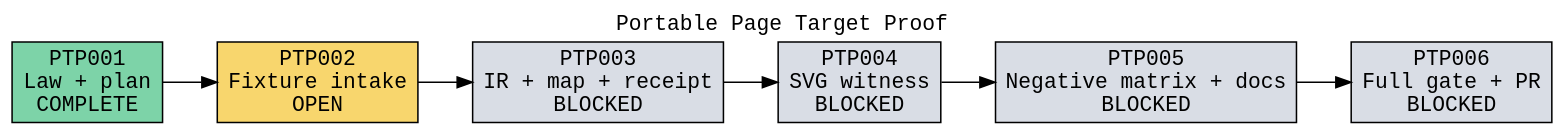
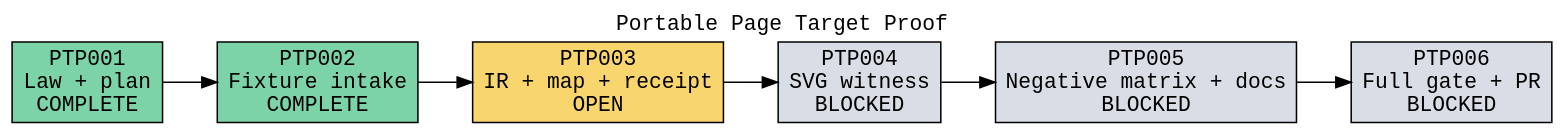
Before and after one commit to flyingrobots/geordi: the diagram in docs/design/2026-07-profunctor-page-target-proof-dag.dot, drawn with Graphviz. The commit also changed 14 other files, not shown here.

```diff
--- a/docs/design/2026-07-profunctor-page-target-proof-dag.dot
+++ b/docs/design/2026-07-profunctor-page-target-proof-dag.dot
@@ -1,24 +1,24 @@
 digraph profunctor_page_target_proof {
   graph [
     bgcolor="transparent",
     fontname="monospace",
     label="Portable Page Target Proof",
     labelloc="t",
     rankdir="LR"
   ];
   node [
     fontname="monospace",
     shape="box",
     style="filled"
   ];
   edge [fontname="monospace"];
 
   PTP001 [fillcolor="#7dd3a8", label="PTP001\nLaw + plan\nCOMPLETE"];
-  PTP002 [fillcolor="#f8d66d", label="PTP002\nFixture intake\nOPEN"];
-  PTP003 [fillcolor="#d9dde5", label="PTP003\nIR + map + receipt\nBLOCKED"];
+  PTP002 [fillcolor="#7dd3a8", label="PTP002\nFixture intake\nCOMPLETE"];
+  PTP003 [fillcolor="#f8d66d", label="PTP003\nIR + map + receipt\nOPEN"];
   PTP004 [fillcolor="#d9dde5", label="PTP004\nSVG witness\nBLOCKED"];
   PTP005 [fillcolor="#d9dde5", label="PTP005\nNegative matrix + docs\nBLOCKED"];
   PTP006 [fillcolor="#d9dde5", label="PTP006\nFull gate + PR\nBLOCKED"];
 
   PTP001 -> PTP002 -> PTP003 -> PTP004 -> PTP005 -> PTP006;
 }
```
